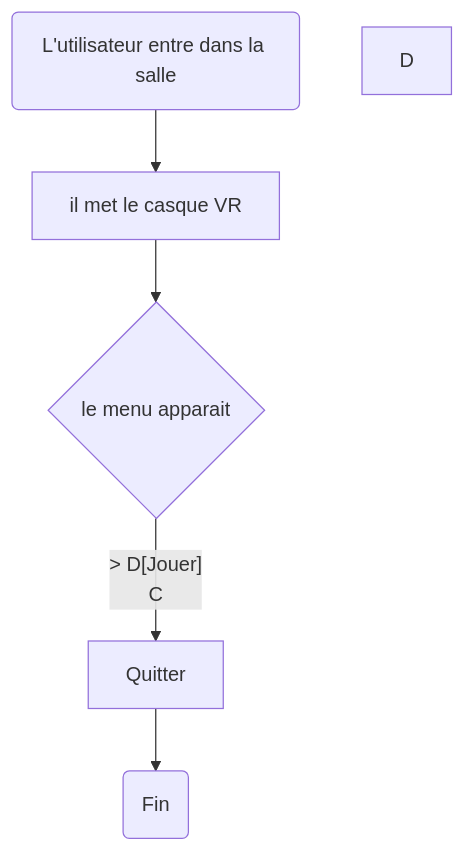
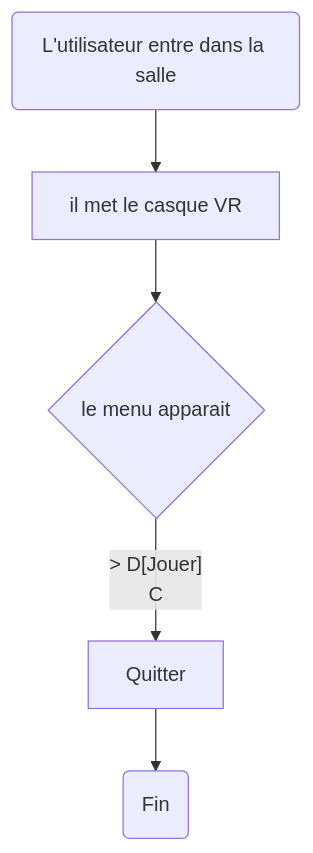
One commit to samesthumain/sac-de-sable changed the diagram in README.md. Above: the diagram before and after it, drawn with Mermaid.

````diff
--- a/README.md
+++ b/README.md
@@ -5,9 +5,8 @@
 ```mermaid
 flowchart TD
     A(L'utilisateur entre dans la salle) --> B[il met le casque VR]
     B --> C{le menu apparait}
     C --­­­­> D[Jouer]
     C --> E[Quitter]
     E --> G(Fin)
-    D
 ```
````
